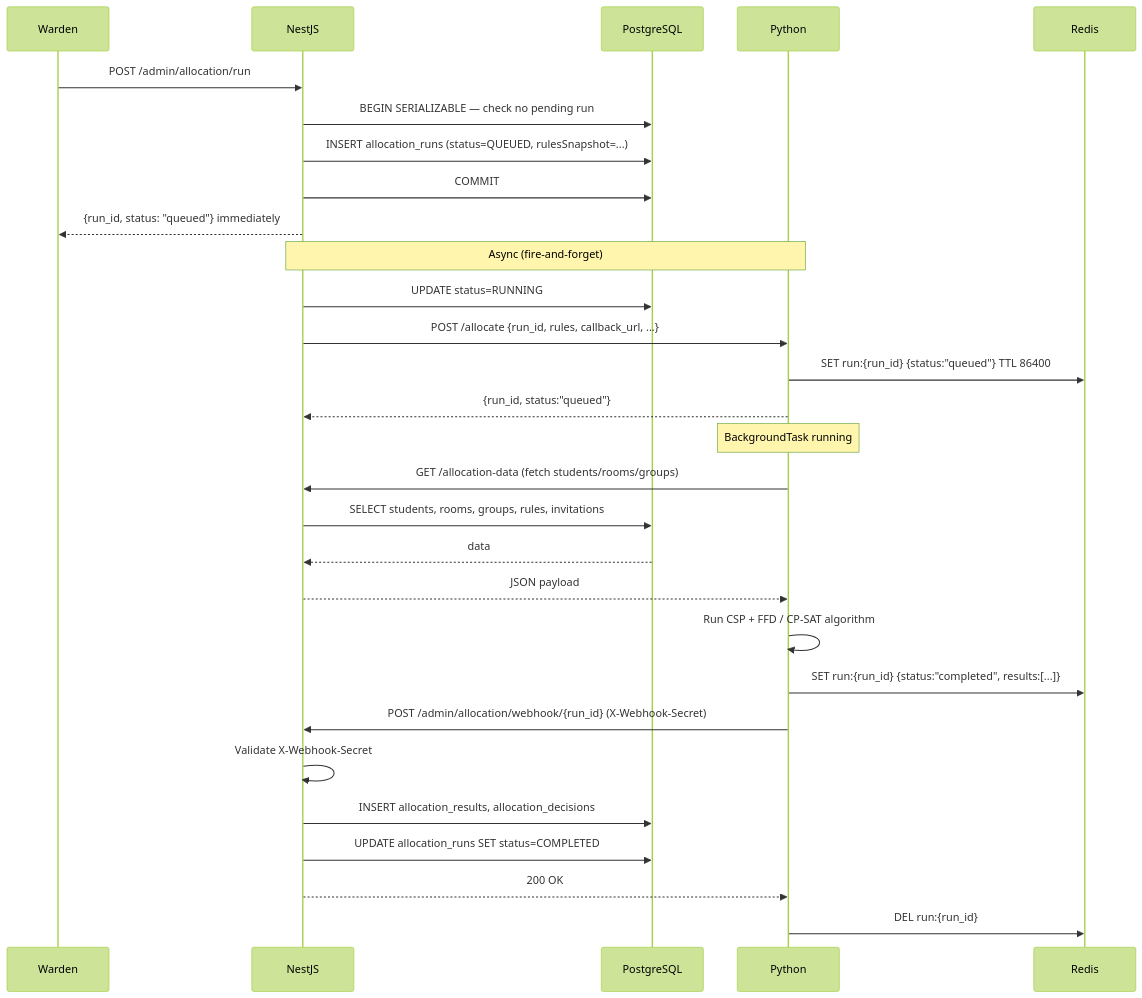
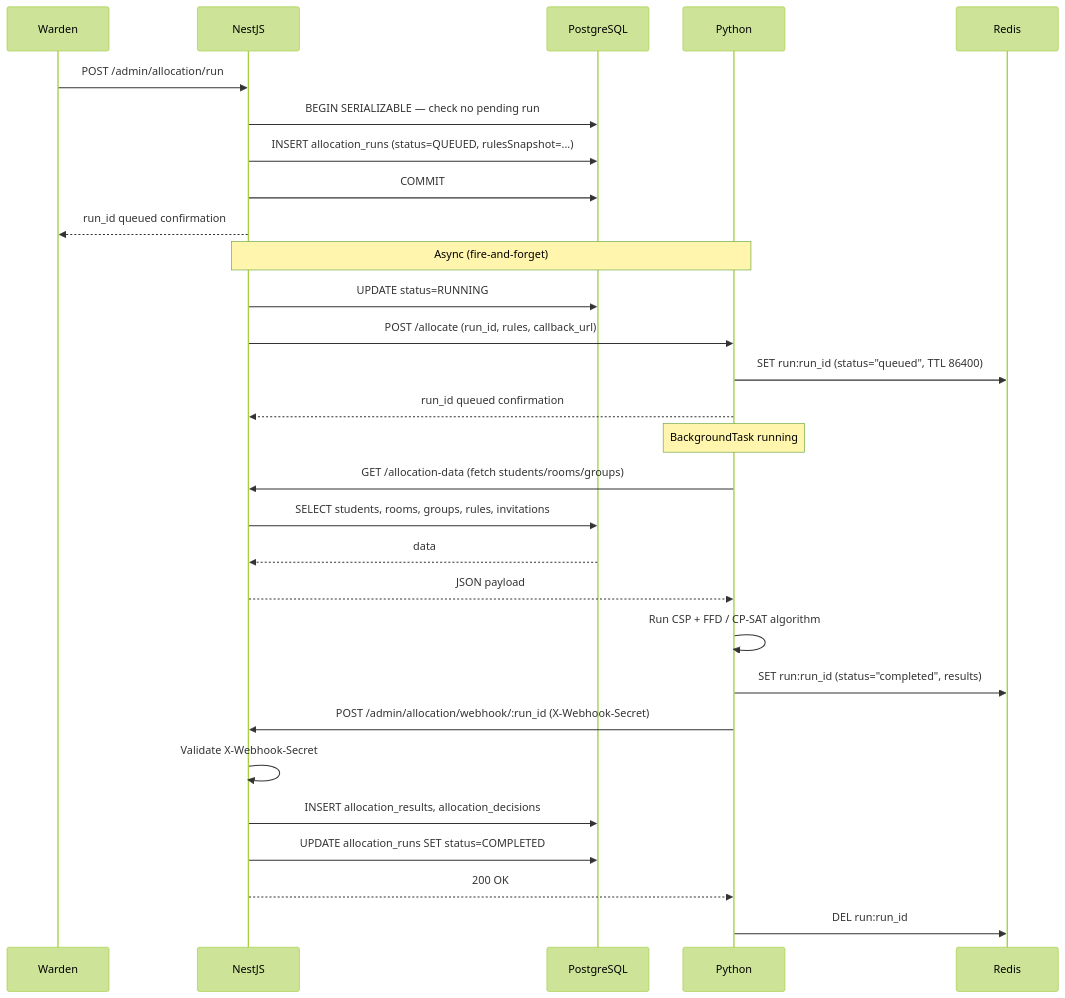
The third of 5 diagrams in README.md (Theewebwizard/Hostel-allocation-official), drawn with Mermaid (forest theme) before and after one commit. The commit also changed other lines of this file, not shown here.

Commit message:
docs: update README mermaid diagrams to reflect consistent run ID naming and formatting

````diff
--- a/README.md
+++ b/README.md
@@ -300,39 +300,39 @@
 ```mermaid
 sequenceDiagram
     participant Warden
     participant NestJS
     participant PostgreSQL
     participant Python
     participant Redis
 
     Warden->>NestJS: POST /admin/allocation/run
     NestJS->>PostgreSQL: BEGIN SERIALIZABLE — check no pending run
     NestJS->>PostgreSQL: INSERT allocation_runs (status=QUEUED, rulesSnapshot=...)
     NestJS->>PostgreSQL: COMMIT
-    NestJS-->>Warden: {run_id, status: "queued"} immediately
+    NestJS-->>Warden: run_id queued confirmation
 
     Note over NestJS,Python: Async (fire-and-forget)
 
     NestJS->>PostgreSQL: UPDATE status=RUNNING
-    NestJS->>Python: POST /allocate {run_id, rules, callback_url, ...}
-    Python->>Redis: SET run:{run_id} {status:"queued"} TTL 86400
-    Python-->>NestJS: {run_id, status:"queued"}
+    NestJS->>Python: POST /allocate (run_id, rules, callback_url)
+    Python->>Redis: SET run:run_id (status="queued", TTL 86400)
+    Python-->>NestJS: run_id queued confirmation
 
     Note over Python: BackgroundTask running
 
     Python->>NestJS: GET /allocation-data (fetch students/rooms/groups)
     NestJS->>PostgreSQL: SELECT students, rooms, groups, rules, invitations
     PostgreSQL-->>NestJS: data
     NestJS-->>Python: JSON payload
 
     Python->>Python: Run CSP + FFD / CP-SAT algorithm
-    Python->>Redis: SET run:{run_id} {status:"completed", results:[...]}
+    Python->>Redis: SET run:run_id (status="completed", results)
 
-    Python->>NestJS: POST /admin/allocation/webhook/{run_id} (X-Webhook-Secret)
+    Python->>NestJS: POST /admin/allocation/webhook/:run_id (X-Webhook-Secret)
     NestJS->>NestJS: Validate X-Webhook-Secret
     NestJS->>PostgreSQL: INSERT allocation_results, allocation_decisions
     NestJS->>PostgreSQL: UPDATE allocation_runs SET status=COMPLETED
     NestJS-->>Python: 200 OK
 
-    Python->>Redis: DEL run:{run_id}
+    Python->>Redis: DEL run:run_id
 ```
````
